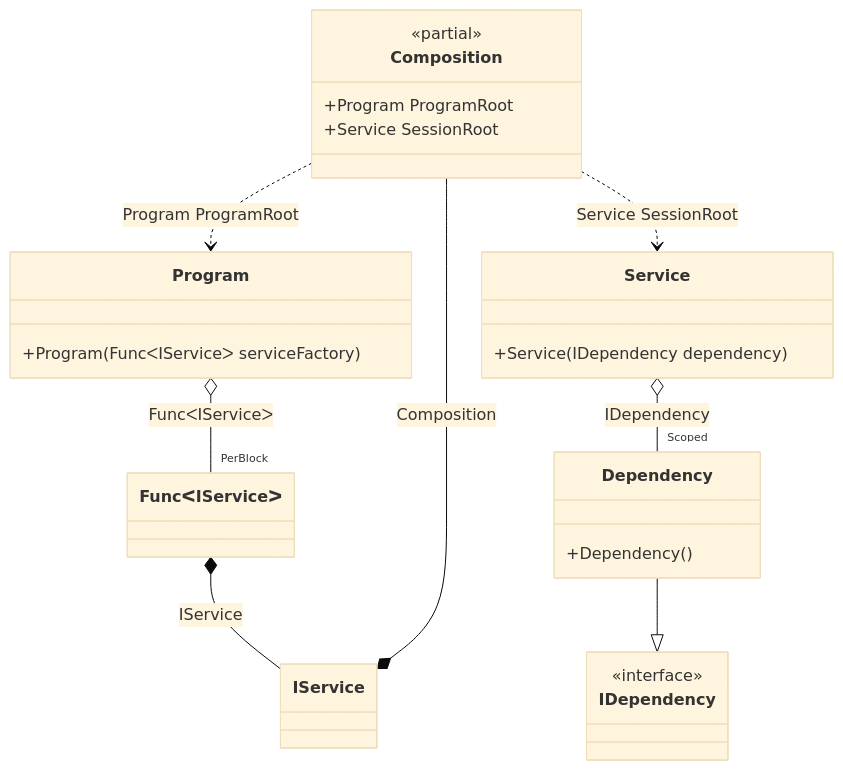
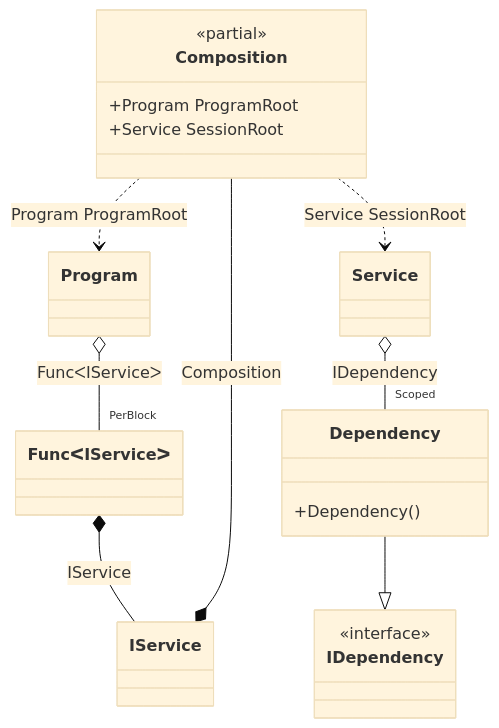
One commit to DevTeam/Pure.DI changed the diagram in readme/auto-scoped.md. Above: the diagram before and after it, drawn with Mermaid (base theme). The commit also changed other lines of this file and 92 other files, not shown here.

````diff
--- a/readme/auto-scoped.md
+++ b/readme/auto-scoped.md
@@ -138,30 +138,24 @@
 ```mermaid
 classDiagram
 	class Composition {
 		<<partial>>
 		+Program ProgramRoot
 		+Service SessionRoot
 	}
-	class Service {
-		+Service(IDependency dependency)
-	}
-	class Program {
-		+Program(FuncᐸIServiceᐳ serviceFactory)
-	}
+	class FuncᐸIServiceᐳ
 	Dependency --|> IDependency
 	class Dependency {
 		+Dependency()
 	}
 	class IService
-	class FuncᐸIServiceᐳ
 	class Composition
 	class IDependency {
 		<<interface>>
 	}
-	Service o-- "Scoped" Dependency : IDependency
-	Program o-- "PerBlock" FuncᐸIServiceᐳ : FuncᐸIServiceᐳ
 	Composition ..> Program : Program ProgramRoot
 	Composition ..> Service : Service SessionRoot
+	Program o-- "PerBlock" FuncᐸIServiceᐳ : FuncᐸIServiceᐳ
+	Service o-- "Scoped" Dependency : IDependency
+	FuncᐸIServiceᐳ *--  IService : IService
 	IService *--  Composition : Composition
-	FuncᐸIServiceᐳ *--  IService : IService
 ```
````
